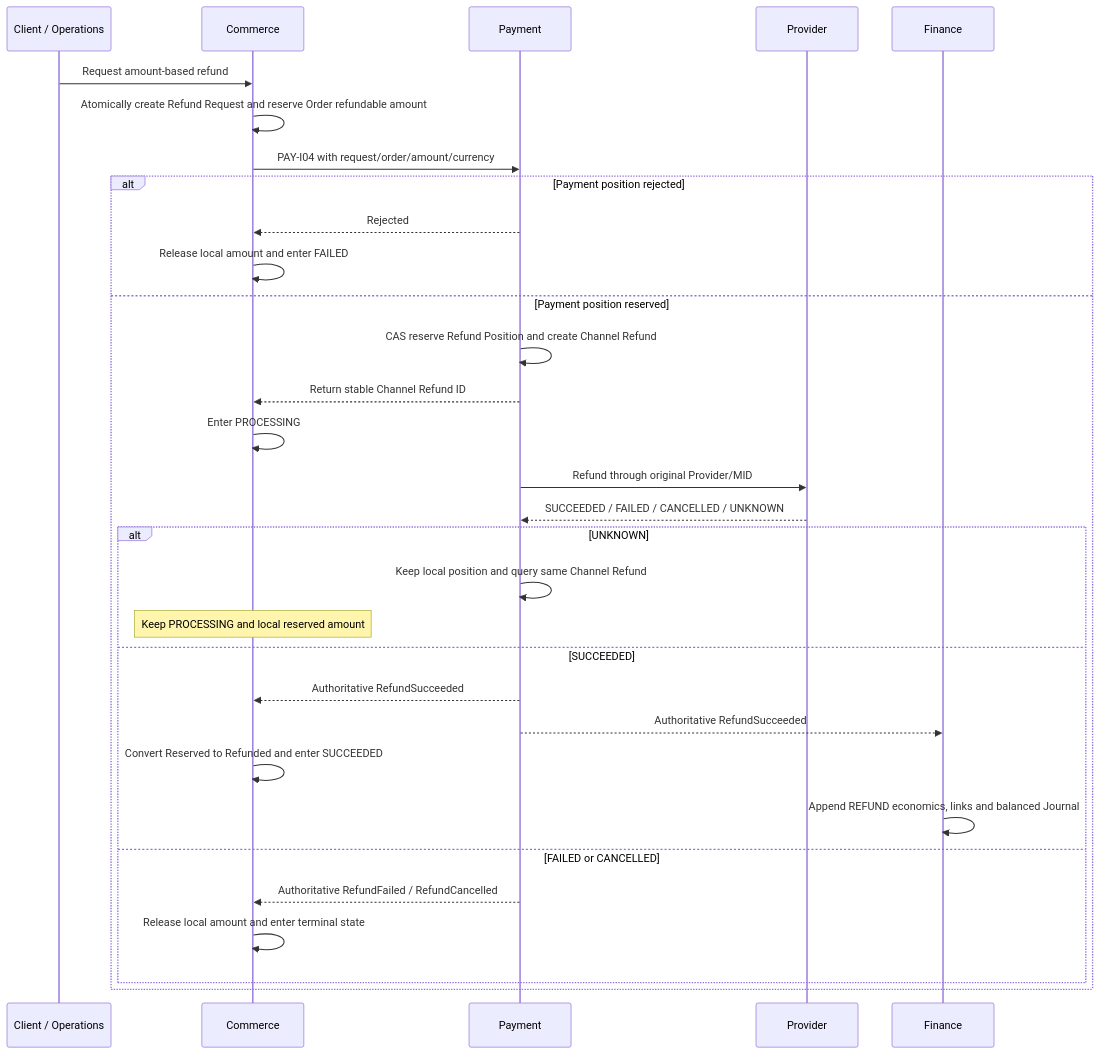
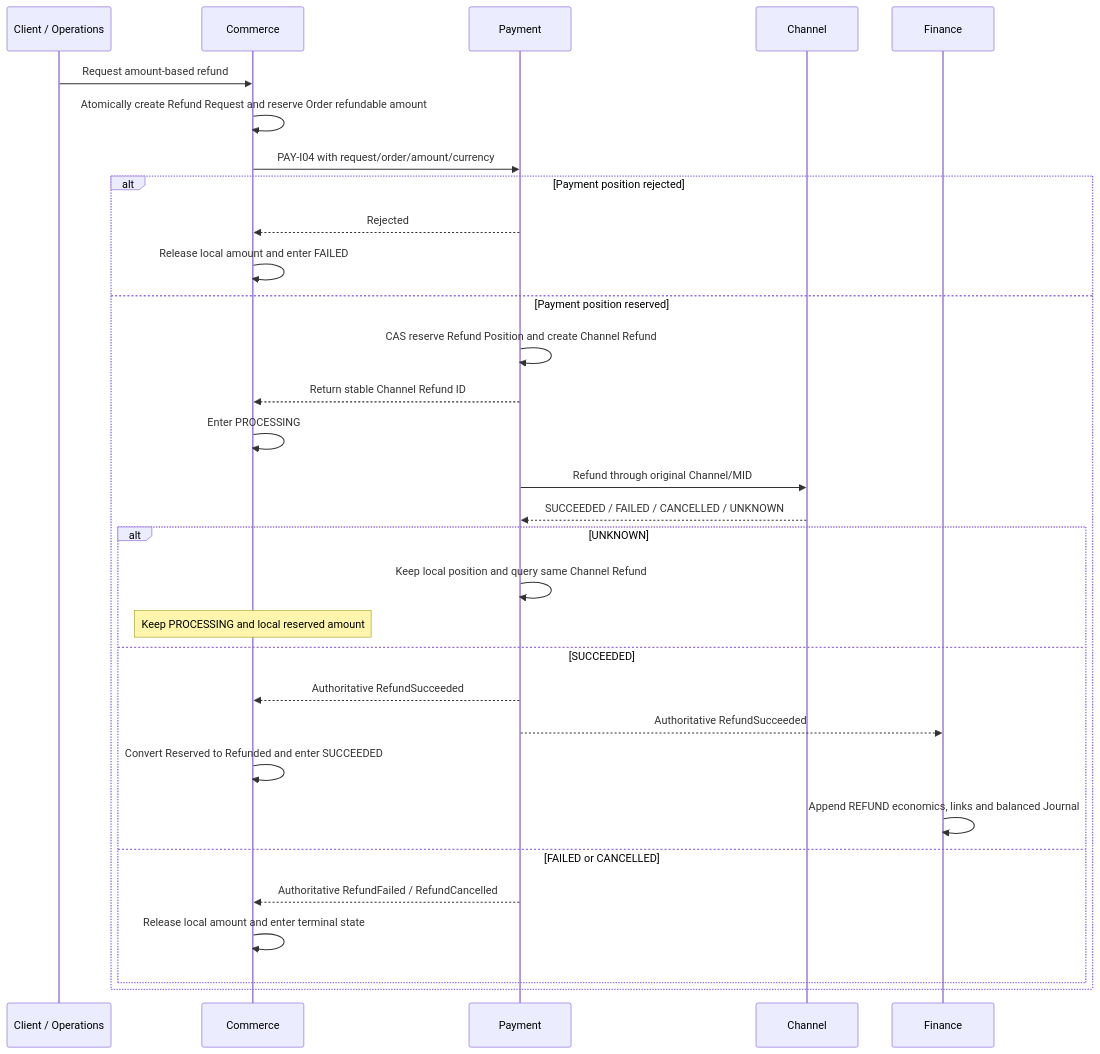
The third of 4 diagrams in agent-docs/database/README.md (kenny0924/paytech), drawn with Mermaid before and after one commit. The commit also changed other lines of this file and 124 other files, not shown here.

````diff
--- a/agent-docs/database/README.md
+++ b/agent-docs/database/README.md
@@ -270,34 +272,34 @@
 ```mermaid
 sequenceDiagram
     participant Initiator as Client / Operations
     participant Commerce
     participant Payment
-    participant Provider
+    participant Channel
     participant Finance
 
     Initiator->>Commerce: Request amount-based refund
     Commerce->>Commerce: Atomically create Refund Request and reserve Order refundable amount
     Commerce->>Payment: PAY-I04 with request/order/amount/currency
     alt Payment position rejected
         Payment-->>Commerce: Rejected
         Commerce->>Commerce: Release local amount and enter FAILED
     else Payment position reserved
         Payment->>Payment: CAS reserve Refund Position and create Channel Refund
         Payment-->>Commerce: Return stable Channel Refund ID
         Commerce->>Commerce: Enter PROCESSING
-        Payment->>Provider: Refund through original Provider/MID
-        Provider-->>Payment: SUCCEEDED / FAILED / CANCELLED / UNKNOWN
+        Payment->>Channel: Refund through original Channel/MID
+        Channel-->>Payment: SUCCEEDED / FAILED / CANCELLED / UNKNOWN
         alt UNKNOWN
             Payment->>Payment: Keep local position and query same Channel Refund
             Note over Commerce: Keep PROCESSING and local reserved amount
         else SUCCEEDED
             Payment-->>Commerce: Authoritative RefundSucceeded
             Payment-->>Finance: Authoritative RefundSucceeded
             Commerce->>Commerce: Convert Reserved to Refunded and enter SUCCEEDED
             Finance->>Finance: Append REFUND economics, links and balanced Journal
         else FAILED or CANCELLED
             Payment-->>Commerce: Authoritative RefundFailed / RefundCancelled
             Commerce->>Commerce: Release local amount and enter terminal state
         end
     end
 ```
````
